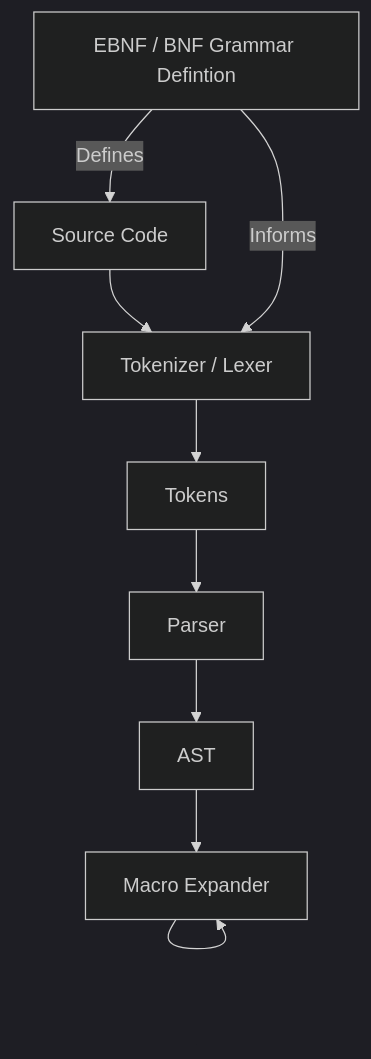
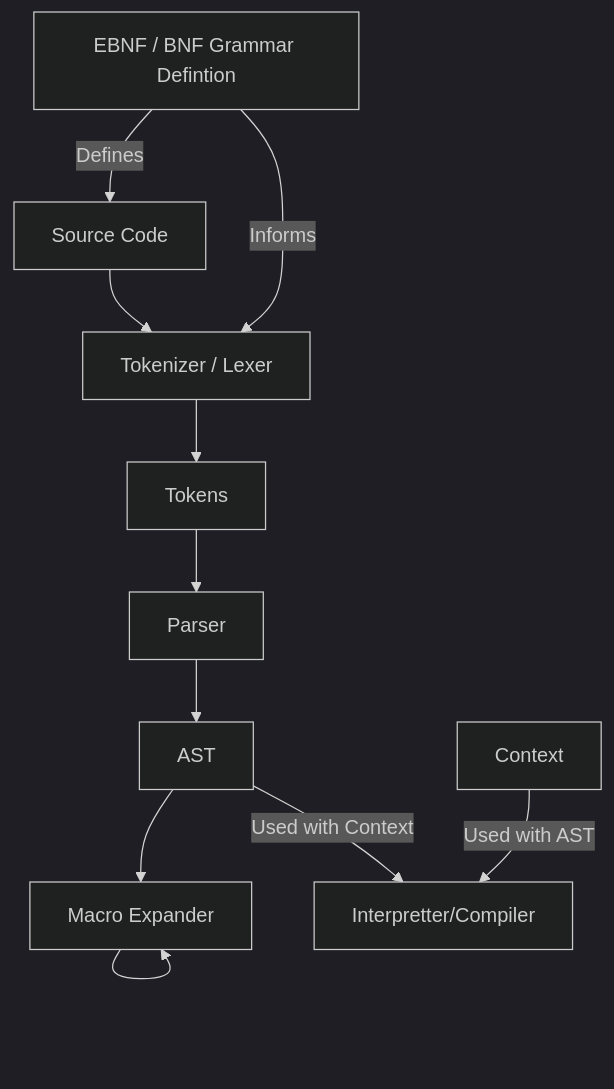
One commit to tbrumbaugh5396/my-amazing-programming-language changed the diagram in compiler.md. Above: the diagram before and after it, drawn with Mermaid (dark theme).

````diff
--- a/compiler.md
+++ b/compiler.md
@@ -1,13 +1,15 @@
 ```mermaid
 
 graph TD
     A[Source Code] --> B[Tokenizer / Lexer]
     B --> C[Tokens]
     C --> D[Parser]
     D --> E[AST]
     E --> F[Macro Expander]
     F --> F
     G[EBNF / BNF Grammar Defintion] --> | Defines| A
     G --> | Informs | B
+    H[Context] --> | Used with AST | I[Interpretter/Compiler]
+    E --> | Used with Context | I
 
 ```
````
